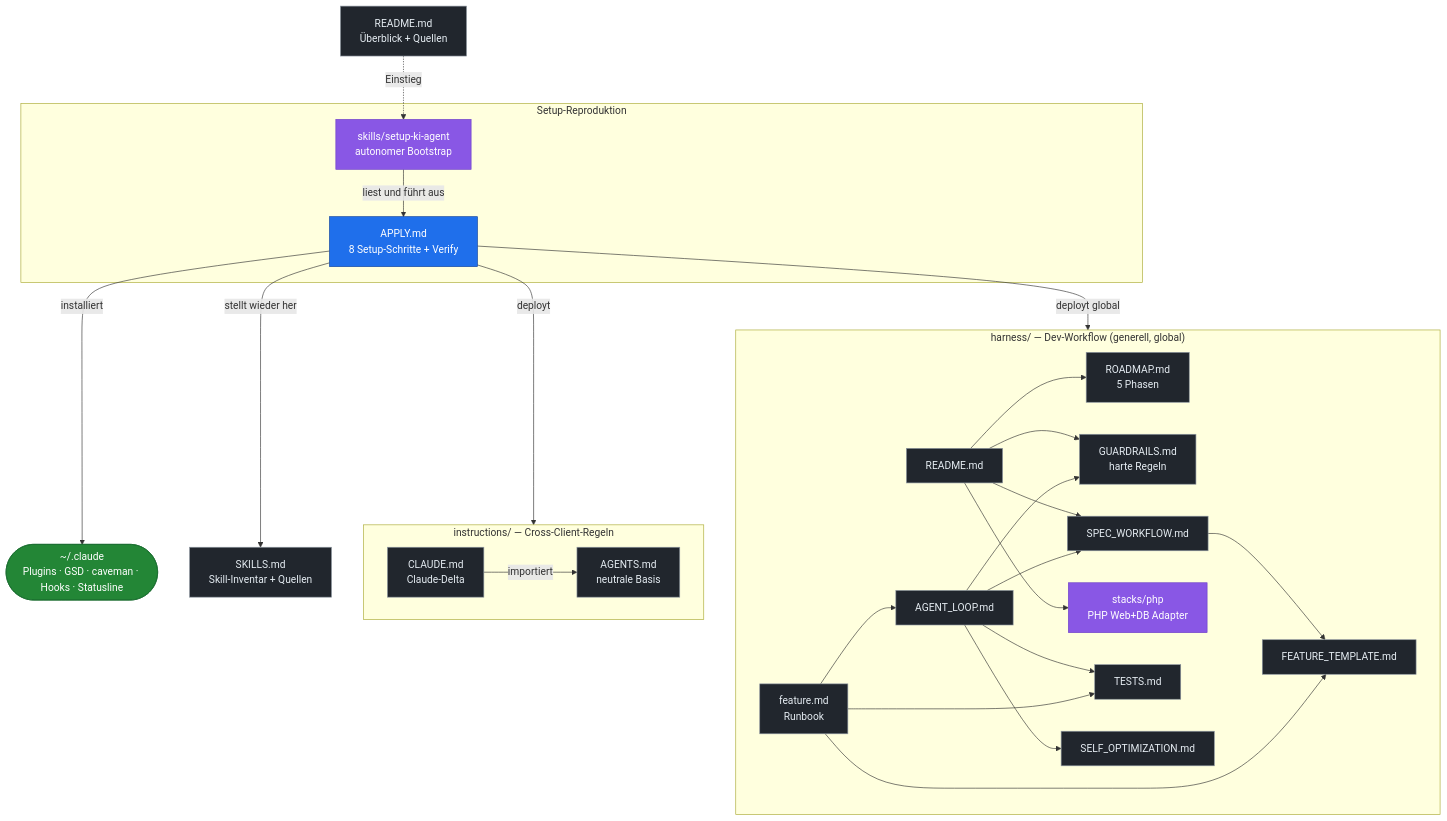
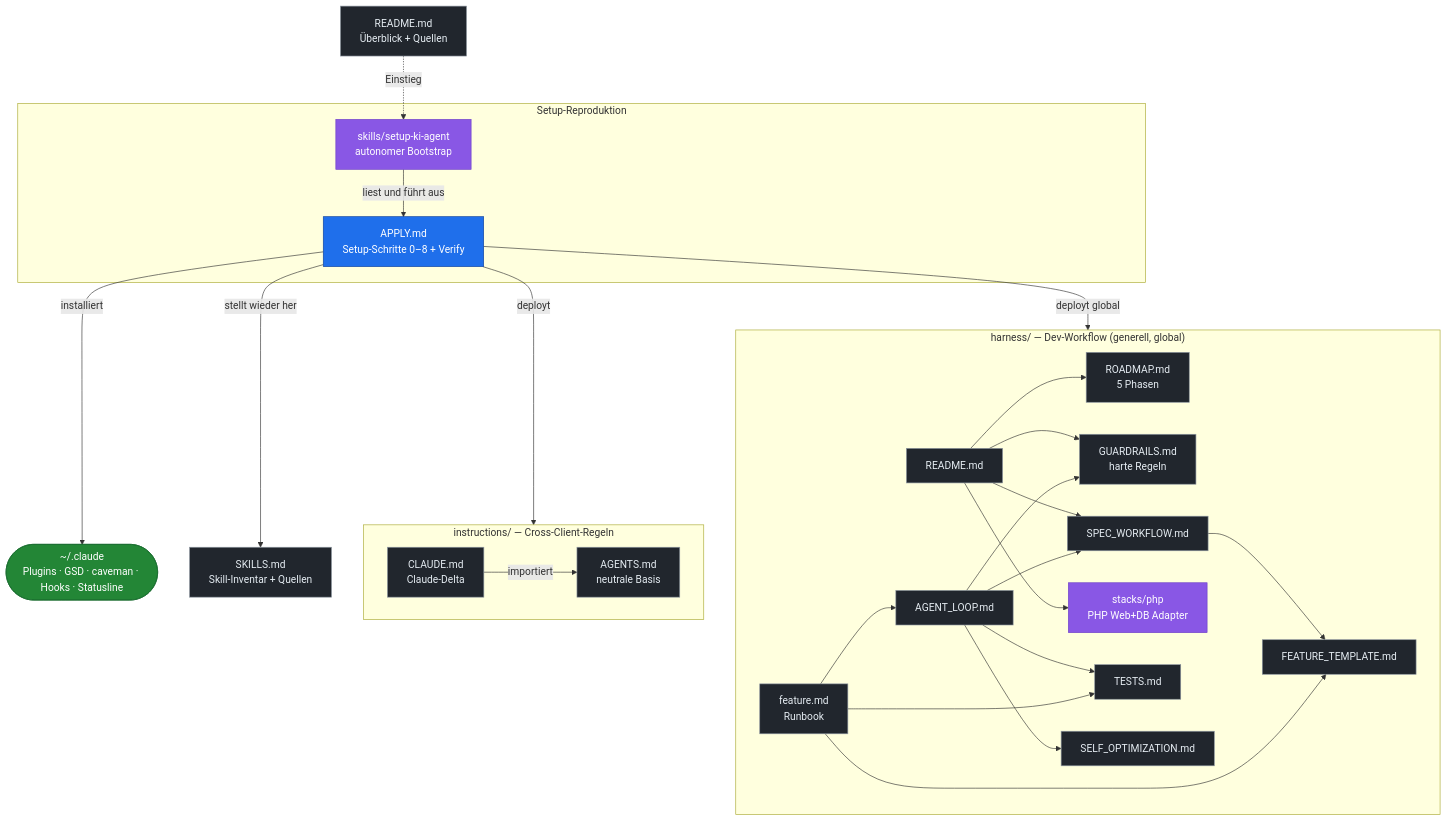
The diagram in README.md (derivo/ki-agent-setup), drawn with Mermaid before and after one commit. The commit also changed other lines of this file and 9 other files, not shown here.

````diff
--- a/README.md
+++ b/README.md
@@ -130,47 +133,47 @@
 ```mermaid
 flowchart TD
     README["README.md<br/>Überblick + Quellen"]:::doc
 
     subgraph SETUP[" Setup-Reproduktion "]
         SKILL["skills/setup-ki-agent<br/>autonomer Bootstrap"]:::skill
-        APPLY["APPLY.md<br/>8 Setup-Schritte + Verify"]:::core
+        APPLY["APPLY.md<br/>Setup-Schritte 0–8 + Verify"]:::core
         SKILL -->|liest und führt aus| APPLY
     end
 
     subgraph INSTR[" instructions/ — Cross-Client-Regeln "]
         AGENTS["AGENTS.md<br/>neutrale Basis"]:::doc
         CLAUDE["CLAUDE.md<br/>Claude-Delta"]:::doc
         CLAUDE -->|importiert| AGENTS
     end
 
     SKILLS["SKILLS.md<br/>Skill-Inventar + Quellen"]:::doc
     TOOLS(["~/.claude<br/>Plugins · GSD · caveman · Hooks · Statusline"]):::target
 
     subgraph HARN[" harness/ — Dev-Workflow (generell, global) "]
         HREADME["README.md"]:::doc
         ROADMAP["ROADMAP.md<br/>5 Phasen"]:::doc
         GUARD["GUARDRAILS.md<br/>harte Regeln"]:::doc
         SPECW["SPEC_WORKFLOW.md"]:::doc
         FEATT["FEATURE_TEMPLATE.md"]:::doc
         TESTS["TESTS.md"]:::doc
         LOOP["AGENT_LOOP.md"]:::doc
         SELF["SELF_OPTIMIZATION.md"]:::doc
         FEAT["feature.md<br/>Runbook"]:::doc
         PHPAD["stacks/php<br/>PHP Web+DB Adapter"]:::skill
         HREADME --> ROADMAP & GUARD & SPECW & PHPAD
         SPECW --> FEATT
         LOOP --> GUARD & TESTS & SPECW & SELF
         FEAT --> LOOP & FEATT & TESTS
     end
 
     README -. Einstieg .-> SKILL
     APPLY -->|deployt| INSTR
     APPLY -->|installiert| TOOLS
     APPLY -->|stellt wieder her| SKILLS
     APPLY -->|deployt global| HARN
 
     classDef core fill:#1f6feb,stroke:#0d419d,color:#fff;
     classDef skill fill:#8957e5,stroke:#6e40c9,color:#fff;
     classDef doc fill:#21262d,stroke:#8b949e,color:#e6edf3;
     classDef target fill:#238636,stroke:#196c2e,color:#fff;
 ```
````
